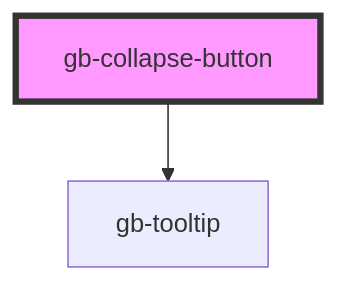
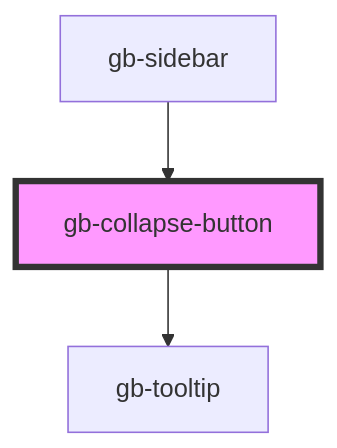
One commit to Emmanuel1858/globusComponent changed the diagram in src/components/gb-collapse-button/readme.md. Above: the diagram before and after it, drawn with Mermaid. The commit also changed other lines of this file and 27 other files, not shown here.

````diff
--- a/src/components/gb-collapse-button/readme.md
+++ b/src/components/gb-collapse-button/readme.md
@@ -48,5 +52,6 @@
 ```mermaid
 graph TD;
   gb-collapse-button --> gb-tooltip
+  gb-sidebar --> gb-collapse-button
   style gb-collapse-button fill:#f9f,stroke:#333,stroke-width:4px
 ```
````
